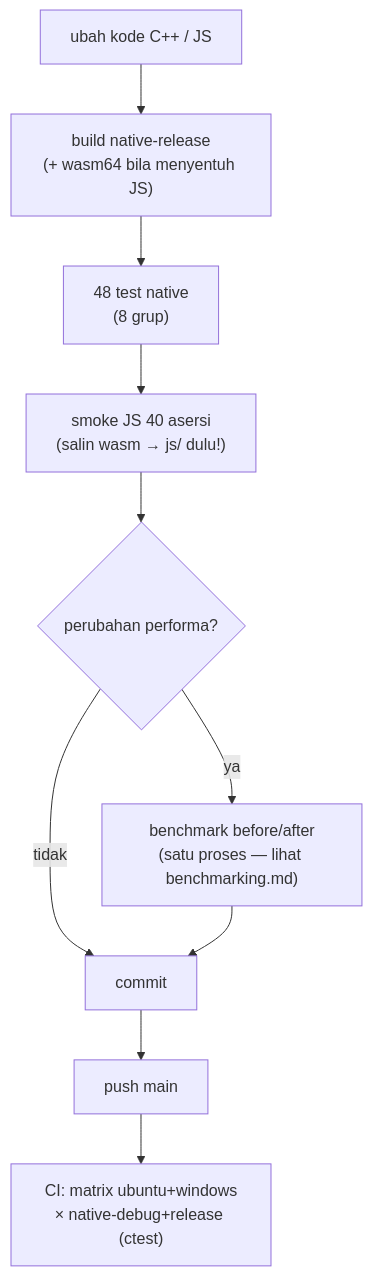
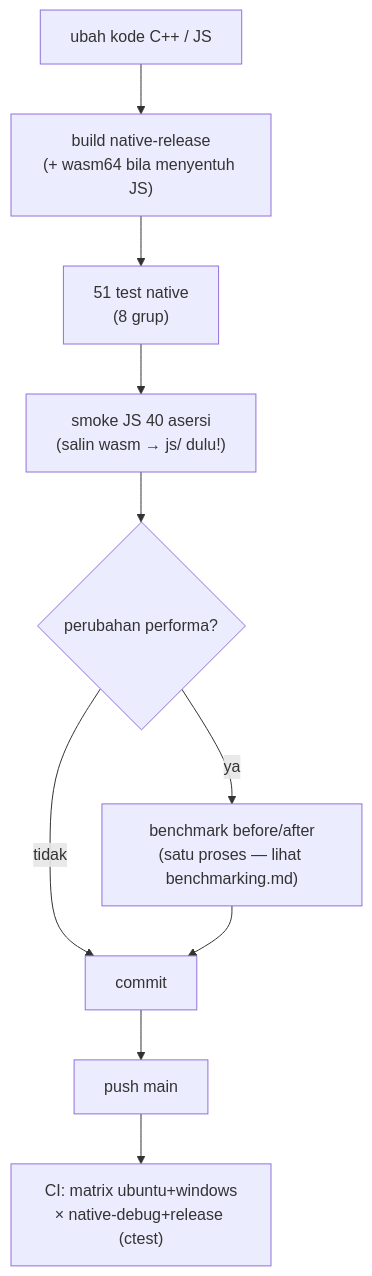
Before and after one commit to zuudevs/ze_json: the first of 2 diagrams in docs/development/workflow.md, drawn with Mermaid. The commit also changed 27 other files, not shown here.

````diff
--- a/docs/development/workflow.md
+++ b/docs/development/workflow.md
@@ -42,12 +42,12 @@
 ```mermaid
 flowchart TD
     A["ubah kode C++ / JS"] --> B["build native-release<br/>(+ wasm64 bila menyentuh JS)"]
-    B --> C["48 test native<br/>(8 grup)"]
+    B --> C["51 test native<br/>(8 grup)"]
     C --> D["smoke JS 40 asersi<br/>(salin wasm → js/ dulu!)"]
     D --> E{"perubahan performa?"}
     E -- "ya" --> F["benchmark before/after<br/>(satu proses — lihat benchmarking.md)"]
     E -- "tidak" --> G["commit"]
     F --> G
     G --> H["push main"]
     H --> I["CI: matrix ubuntu+windows<br/>× native-debug+release (ctest)"]
 ```
````
